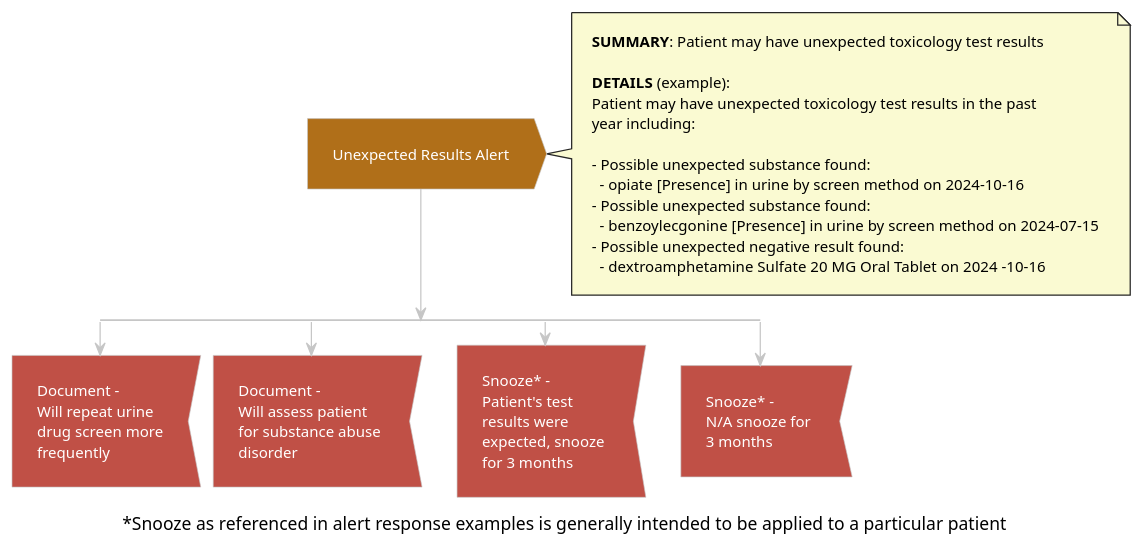
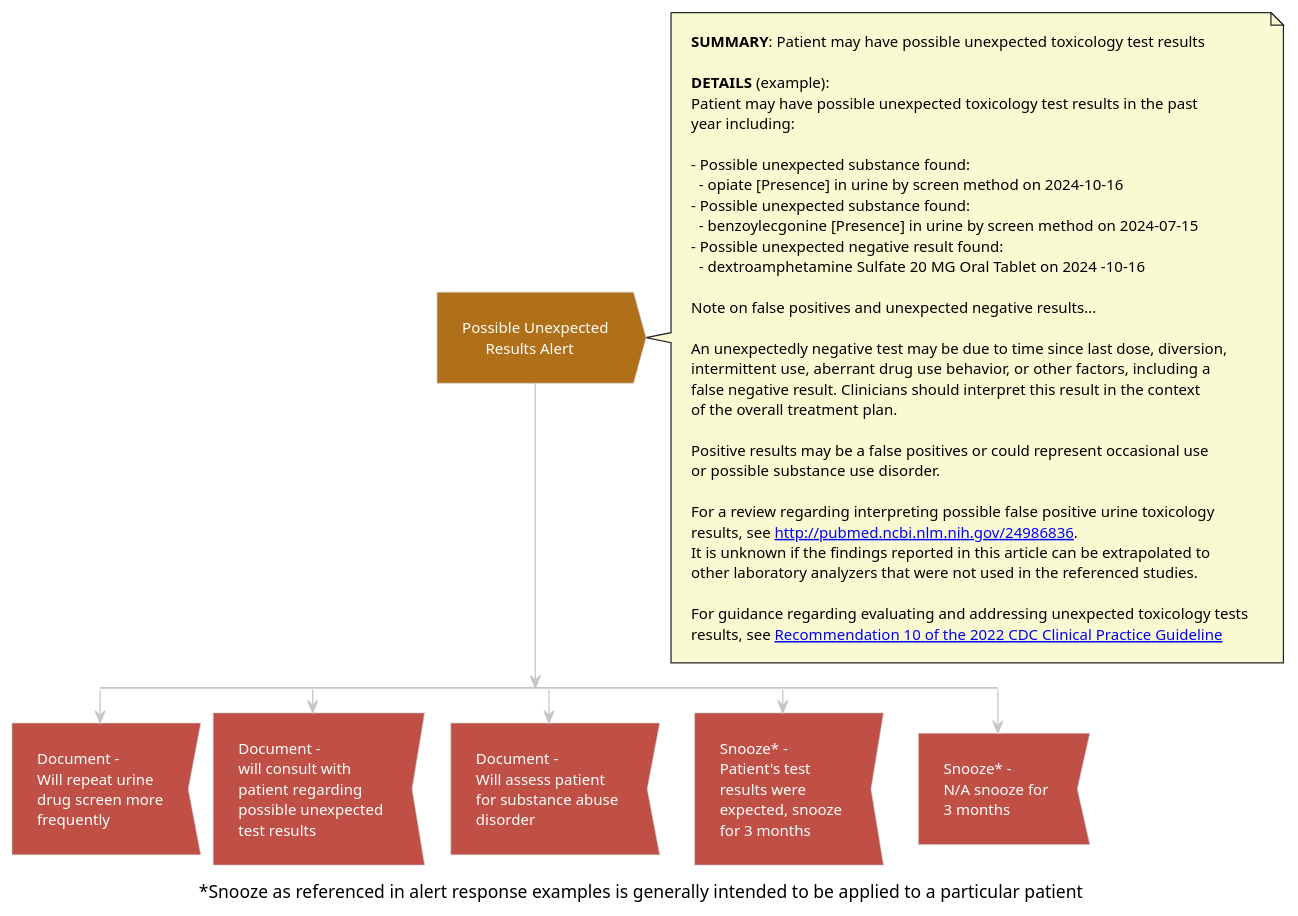
One commit to cqframework/opioid-cds-r4 changed the diagram in input/images-source/alert_rec10_ordersign_unexpected_results.plantuml. Above: the diagram before and after it, drawn with PlantUML. The commit also changed 8 other files, not shown here.

```diff
--- a/input/images-source/alert_rec10_ordersign_unexpected_results.plantuml
+++ b/input/images-source/alert_rec10_ordersign_unexpected_results.plantuml
@@ -1,56 +1,81 @@
 @startuml alert_rec10_ordersign_unexpected_results
 !theme carbon-gray
 <style>
 activityDiagram {
  FontColor white
  arrow {
   FontColor: Black
  }
  note {
   FontColor: Black
   BackgroundColor: #fafad2
  }
 }
 </style>
-#b06f19:Unexpected Results Alert;<<output>>
+#b06f19:Possible Unexpected\n      Results Alert;<<output>>
 note right
-**SUMMARY**: Patient may have unexpected toxicology test results
+**SUMMARY**: Patient may have possible unexpected toxicology test results
 
 **DETAILS** (example):
-Patient may have unexpected toxicology test results in the past 
+Patient may have possible unexpected toxicology test results in the past 
 year including:
 
 - Possible unexpected substance found:
   - opiate [Presence] in urine by screen method on 2024-10-16
 - Possible unexpected substance found:
   - benzoylecgonine [Presence] in urine by screen method on 2024-07-15
 - Possible unexpected negative result found:
   - dextroamphetamine Sulfate 20 MG Oral Tablet on 2024 -10-16 
+
+Note on false positives and unexpected negative results...
+
+An unexpectedly negative test may be due to time since last dose, diversion, 
+intermittent use, aberrant drug use behavior, or other factors, including a 
+false negative result. Clinicians should interpret this result in the context 
+of the overall treatment plan.
+
+Positive results may be a false positives or could represent occasional use 
+or possible substance use disorder.
+
+For a review regarding interpreting possible false positive urine toxicology 
+results, see [[https://pubmed.ncbi.nlm.nih.gov/24986836 http://pubmed.ncbi.nlm.nih.gov/24986836]]. 
+It is unknown if the findings reported in this article can be extrapolated to 
+other laboratory analyzers that were not used in the referenced studies.
+
+For guidance regarding evaluating and addressing unexpected toxicology tests 
+results, see [[https://www.cdc.gov/mmwr/volumes/71/rr/rr7103a1.htm#Recommendation10 Recommendation 10 of the 2022 CDC Clinical Practice Guideline]]
 end note
 split
 #c05046:Document - 
 Will repeat urine
 drug screen more
 frequently;<<input>>
+kill
+split again
+#c05046:Document - 
+will consult with 
+patient regarding 
+possible unexpected 
+test results;<<input>>
 kill
 split again
 #c05046:Document - 
 Will assess patient
 for substance abuse 
 disorder;<<input>>
 kill
 split again
 #c05046:Snooze* - 
 Patient's test 
 results were 
 expected, snooze 
 for 3 months;<<input>>
 kill
 split again
 #c05046:Snooze* - 
 N/A snooze for 
 3 months;<<input>>
 kill
 end split
 caption ~*Snooze as referenced in alert response examples is generally intended to be applied to a particular patient
 @enduml
```
